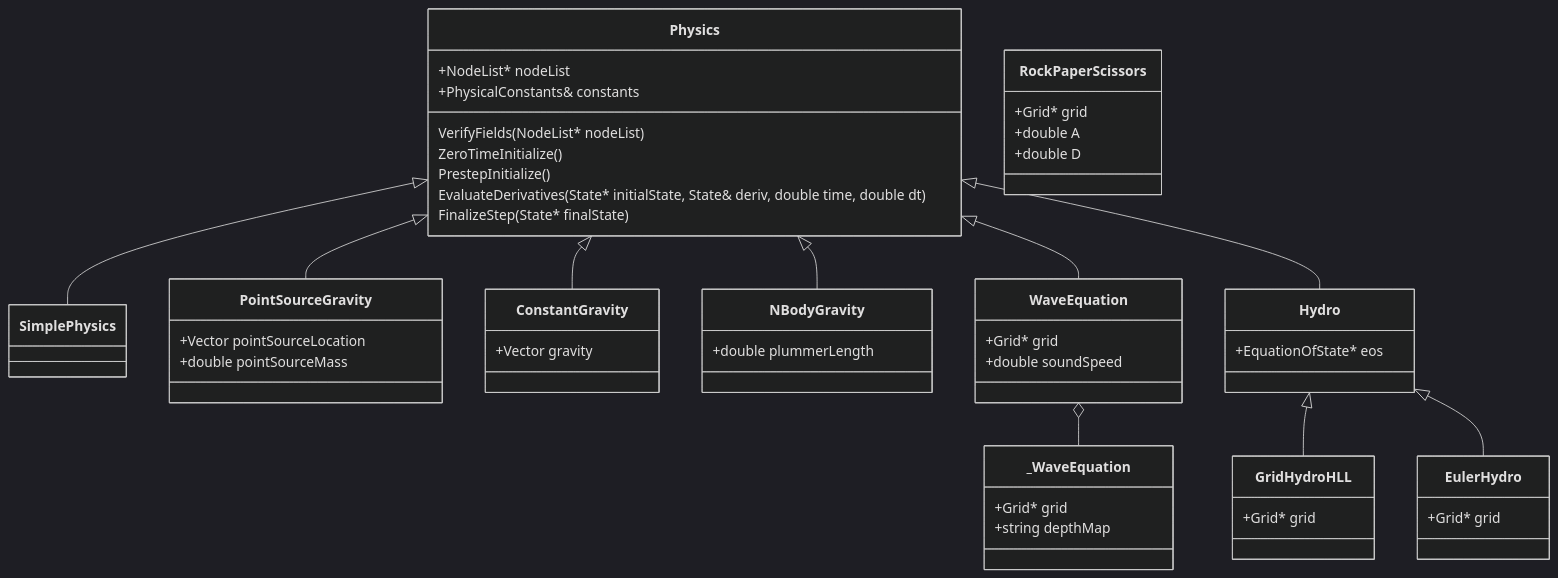
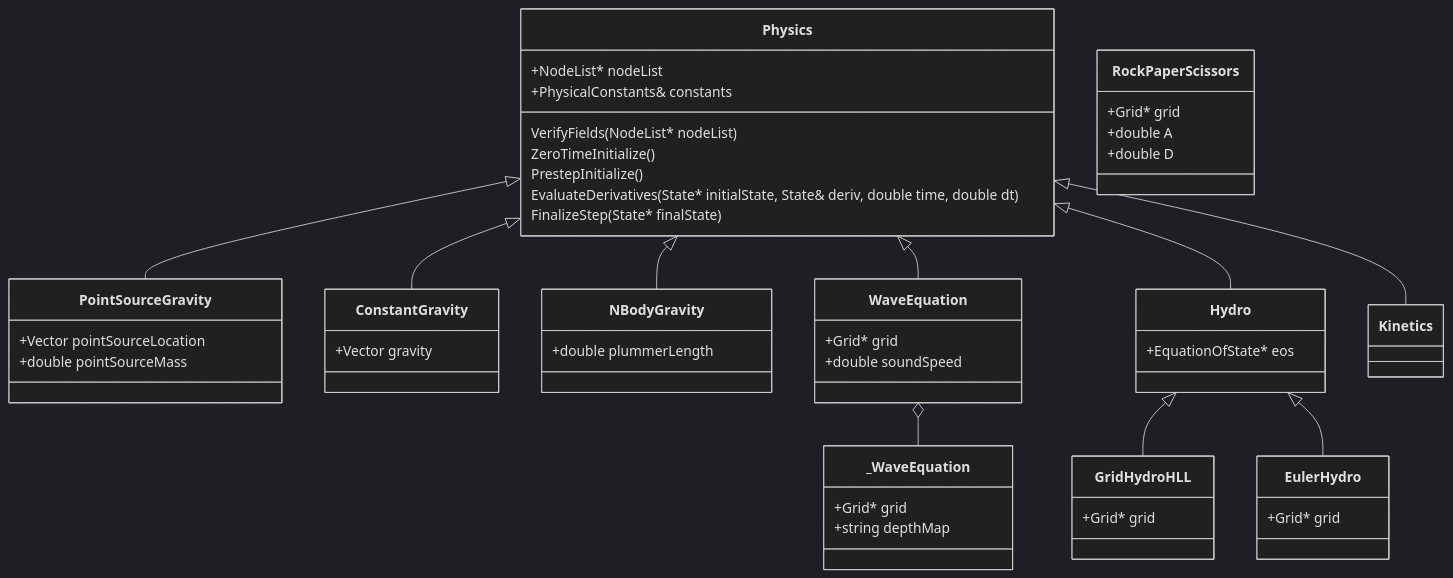
Before and after one commit to antimatterhorn/nidhoggr: the diagram in src/Physics/Classes.md, drawn with Mermaid (dark theme). The commit also changed 2 other files, not shown here.

Commit message:
updating class diagrams

````diff
--- a/src/Physics/Classes.md
+++ b/src/Physics/Classes.md
@@ -2,54 +2,51 @@
 ```mermaid
 classDiagram
-    Physics <|-- SimplePhysics
     Physics <|-- PointSourceGravity
     Physics <|-- ConstantGravity
     Physics <|-- NBodyGravity
     Physics <|-- WaveEquation
     Physics <|-- Hydro
+    Physics <|-- Kinetics
     Physics : +NodeList* nodeList
     Physics : +PhysicalConstants& constants
     Physics : VerifyFields(NodeList* nodeList)
     Physics : ZeroTimeInitialize()
     Physics : PrestepInitialize()
     Physics : EvaluateDerivatives(State* initialState, State<dim>& deriv, double time, double dt)
     Physics : FinalizeStep(State* finalState)
     class PointSourceGravity{
         +Vector pointSourceLocation
         +double pointSourceMass
     }
     class ConstantGravity{
         +Vector gravity
     }
     class NBodyGravity{
         +double plummerLength
     }
     class Hydro{
         +EquationOfState* eos
-    }
-    class SimplePhysics{
-        
     }
     class WaveEquation{
         +Grid* grid
         +double soundSpeed
     }
     WaveEquation o -- _WaveEquation
     class _WaveEquation{
         +Grid* grid
         +string depthMap
     }
     class RockPaperScissors{
         +Grid* grid
         +double A
         +double D
     }
     Hydro <| -- GridHydroHLL
     class GridHydroHLL{
         +Grid* grid
     }
     Hydro <| -- EulerHydro
     class EulerHydro{
         +Grid* grid
     }
 ```
````
